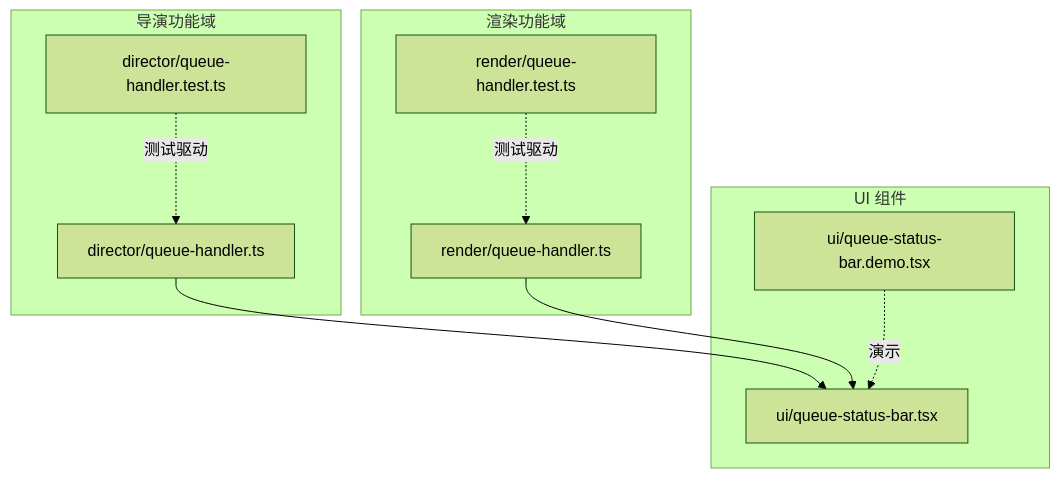
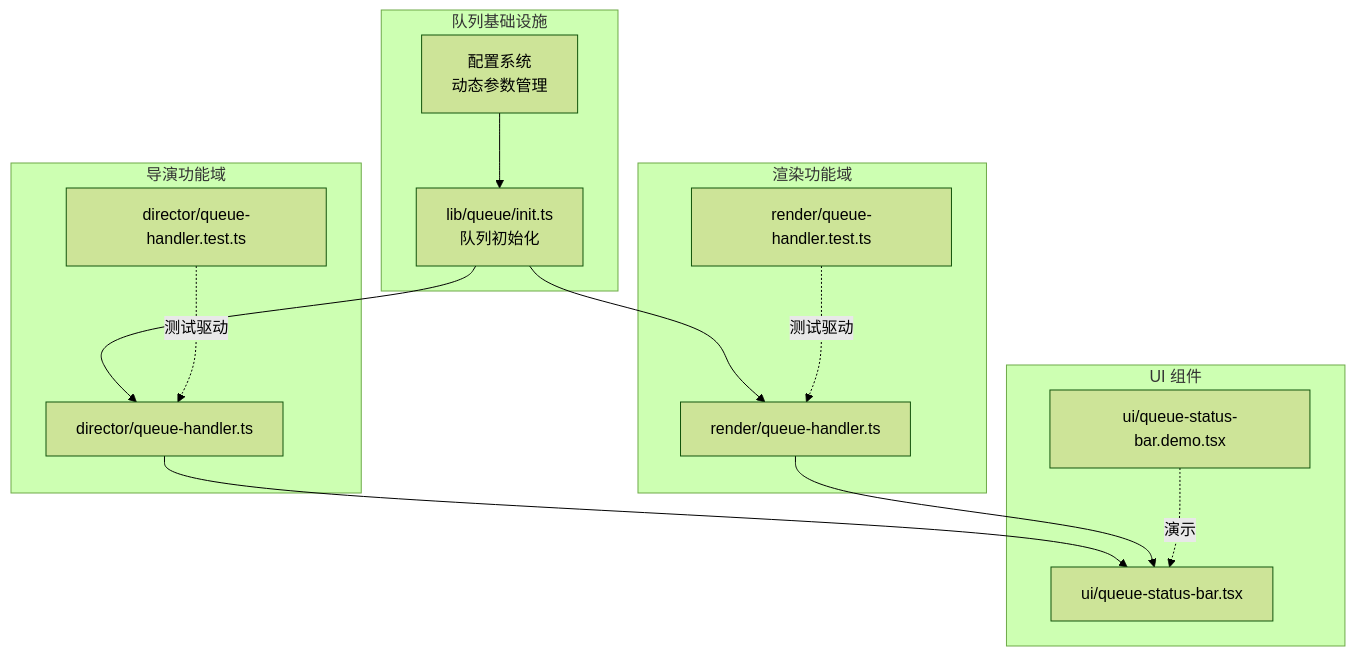
One commit to AIMFllyYS/code-video-canvas changed the first of 9 diagrams in .qoder/repowiki/zh/content/核心功能模块/导演系统/队列处理.md. Above: the diagram before and after it, drawn with Mermaid (forest theme). The commit also changed other lines of this file and 47 other files, not shown here.

````diff
--- a/.qoder/repowiki/zh/content/核心功能模块/导演系统/队列处理.md
+++ b/.qoder/repowiki/zh/content/核心功能模块/导演系统/队列处理.md
@@ -34,20 +45,27 @@
 ```mermaid
 graph TB
+subgraph "队列基础设施"
+Init["lib/queue/init.ts<br/>队列初始化"]
+Config["配置系统<br/>动态参数管理"]
+end
 subgraph "导演功能域"
 DQH["director/queue-handler.ts"]
 DQHT["director/queue-handler.test.ts"]
 end
 subgraph "渲染功能域"
 RQH["render/queue-handler.ts"]
 RQHT["render/queue-handler.test.ts"]
 end
 subgraph "UI 组件"
 QSB["ui/queue-status-bar.tsx"]
 QSB_Demo["ui/queue-status-bar.demo.tsx"]
 end
+Init --> DQH
+Init --> RQH
+Config --> Init
 DQH --> QSB
 RQH --> QSB
 DQHT -.测试驱动.-> DQH
 RQHT -.测试驱动.-> RQH
 QSB_Demo -.演示.-> QSB
 ```
````
